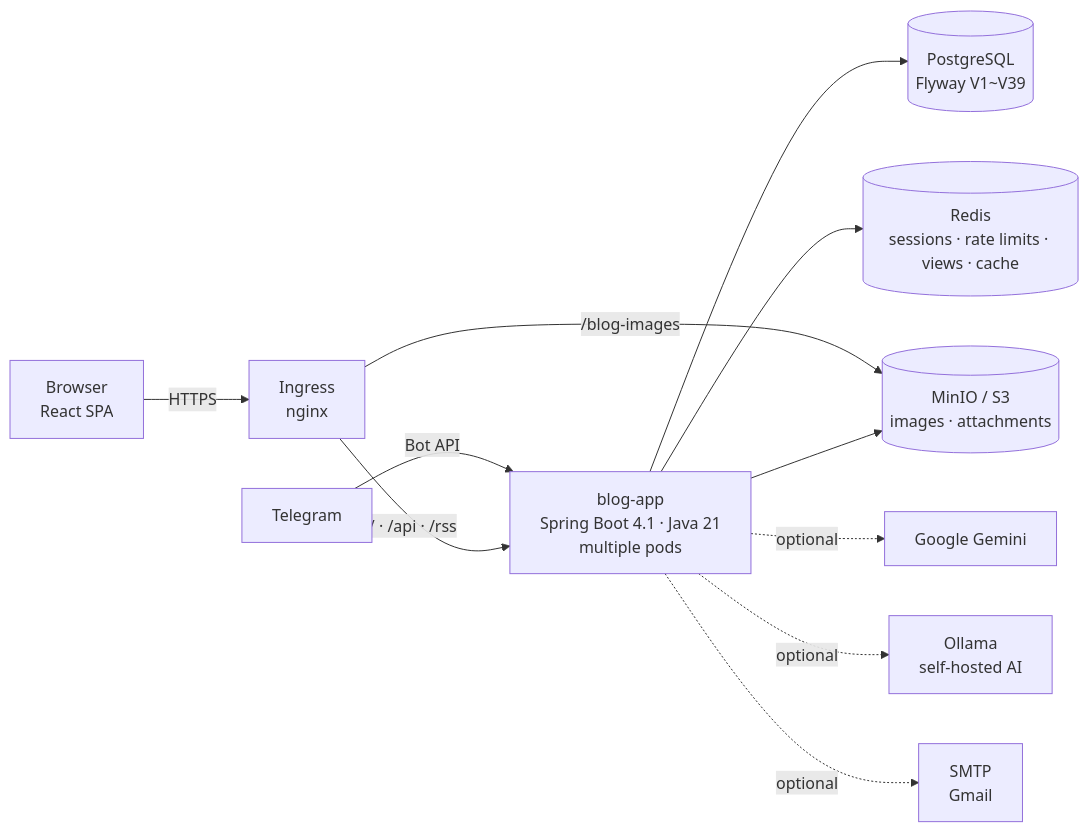
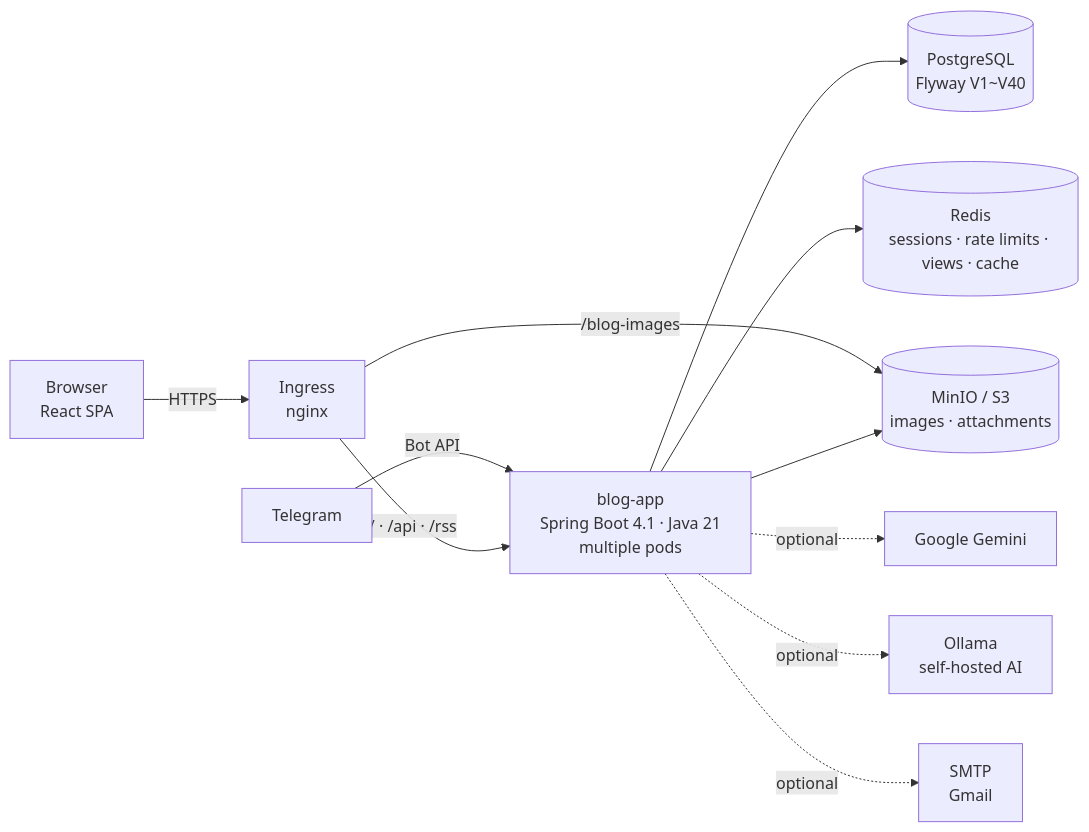
One commit to AIGJ-01-002-blog/devlog changed the first of 3 diagrams in README.en.md. Above: the diagram before and after it, drawn with Mermaid. The commit also changed other lines of this file and 18 other files, not shown here.

````diff
--- a/README.en.md
+++ b/README.en.md
@@ -151,13 +151,13 @@
 ```mermaid
 flowchart LR
     B[Browser<br/>React SPA] -->|HTTPS| I[Ingress<br/>nginx]
     T[Telegram] -->|Bot API| A
     I -->|/ · /api · /rss| A[blog-app<br/>Spring Boot 4.1 · Java 21<br/>multiple pods]
     I -->|/blog-images| M[(MinIO / S3<br/>images · attachments)]
-    A --> P[(PostgreSQL<br/>Flyway V1~V39)]
+    A --> P[(PostgreSQL<br/>Flyway V1~V40)]
     A --> R[(Redis<br/>sessions · rate limits · views · cache)]
     A --> M
     A -.optional.-> G[Google Gemini]
     A -.optional.-> O[Ollama<br/>self-hosted AI]
     A -.optional.-> S[SMTP<br/>Gmail]
 ```
````
